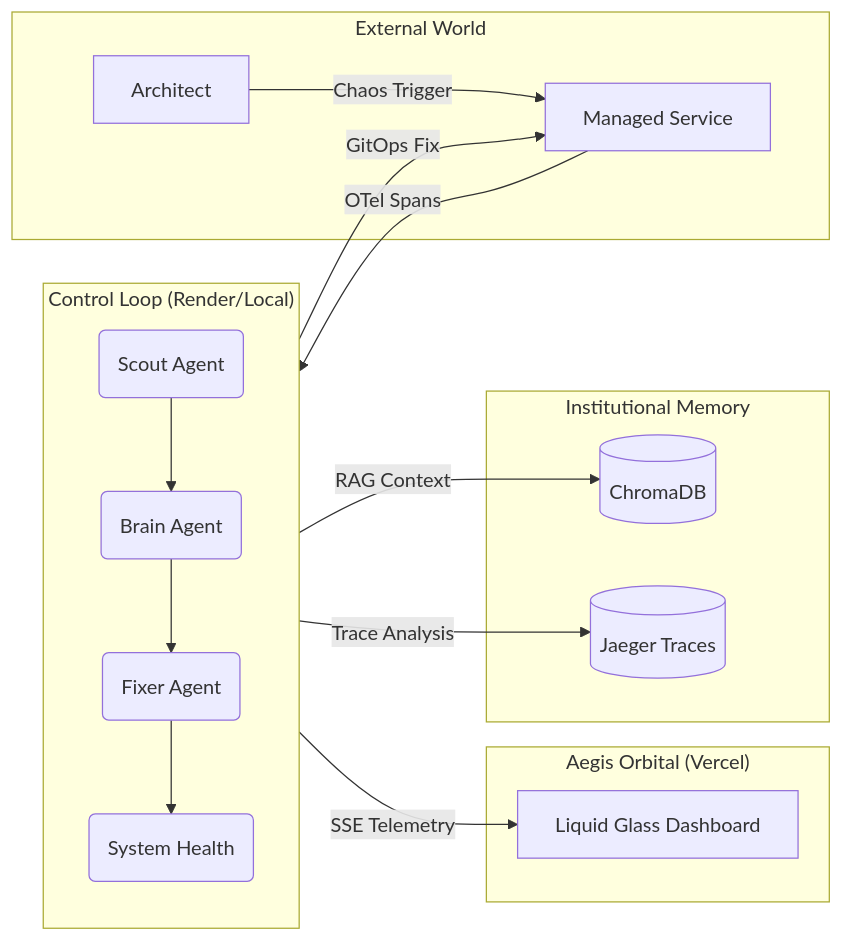
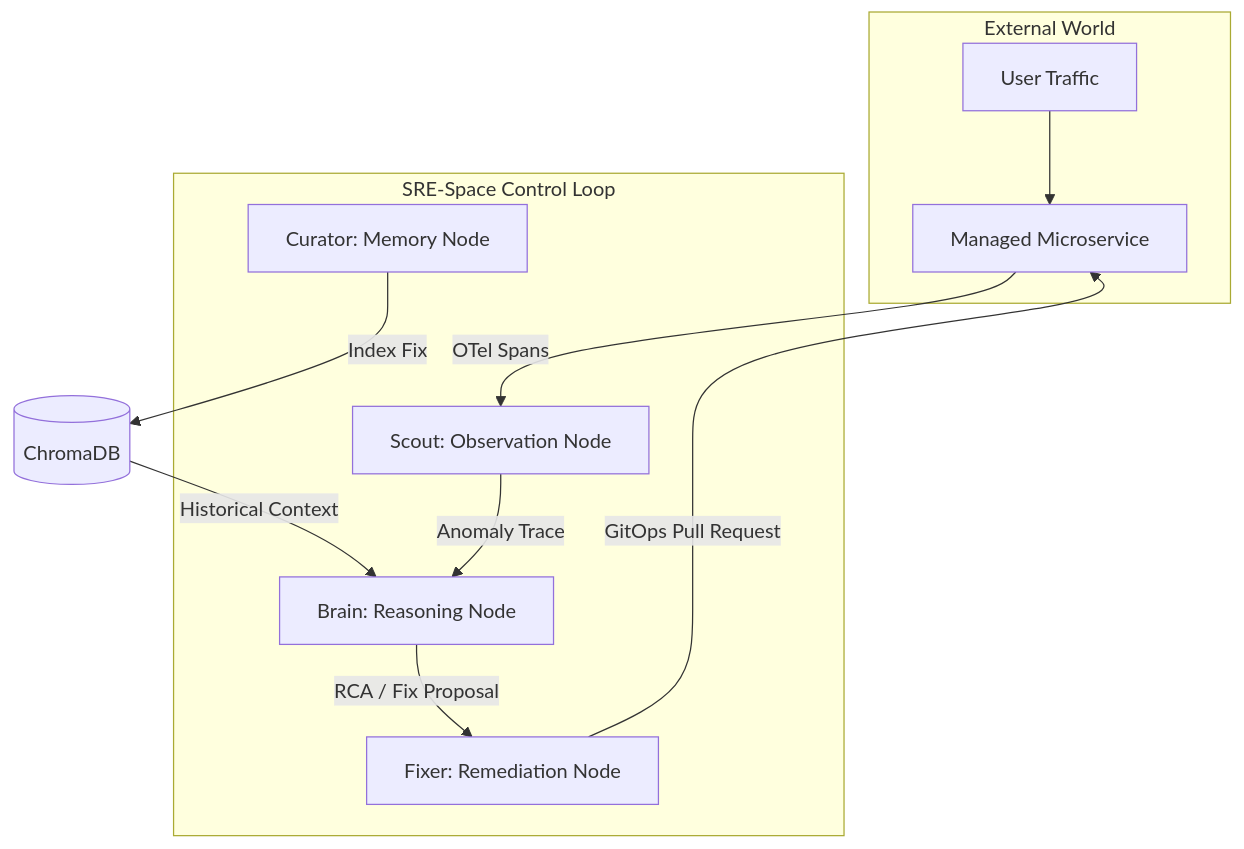
One commit to mohammedsalmanj/sre.space-cp changed the diagram in README.md. Above: the diagram before and after it, drawn with Mermaid. The commit also changed other lines of this file and 4 other files, not shown here.

Commit message:
docs: massive README expansion and rebranding to SRE-Space. Removed all personal and Aegis branding.

````diff
--- a/README.md
+++ b/README.md
@@ -46,30 +54,22 @@
 ```mermaid
-graph LR
+graph TD
     subgraph "External World"
-        App[Managed Service]
-        User[Architect]
+        App[Managed Microservice]
+        Traffic[User Traffic]
     end
 
-    subgraph "Aegis Orbital (Vercel)"
-        UI[Liquid Glass Dashboard]
+    subgraph "SRE-Space Control Loop"
+        Scout[Scout: Observation Node]
+        Brain[Brain: Reasoning Node]
+        Fixer[Fixer: Remediation Node]
+        Curator[Curator: Memory Node]
     end
 
-    subgraph "Control Loop (Render/Local)"
-        direction TB
-        Signal(Scout Agent) --> Logic(Brain Agent)
-        Logic --> Execute(Fixer Agent)
-        Execute --> Stabilize(System Health)
-    end
-
-    subgraph "Institutional Memory"
-        Chroma[(ChromaDB)]
-        Jaeger[(Jaeger Traces)]
-    end
-
-    App -- OTel Spans --> Signal
-    Logic -- RAG Context --> Chroma
-    Logic -- Trace Analysis --> Jaeger
-    Execute -- GitOps Fix --> App
-    Signal -- SSE Telemetry --> UI
-    User -- Chaos Trigger --> App
+    Traffic --> App
+    App -- OTel Spans --> Scout
+    Scout -- Anomaly Trace --> Brain
+    Brain -- RCA / Fix Proposal --> Fixer
+    Fixer -- GitOps Pull Request --> App
+    Curator -- Index Fix --> VectorStore[(ChromaDB)]
+    VectorStore -- Historical Context --> Brain
 ```
````
